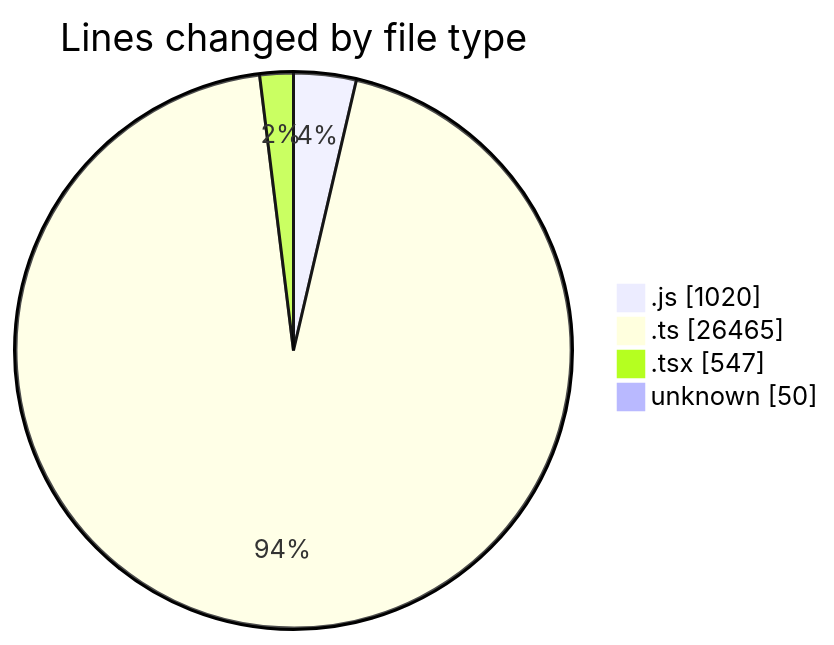
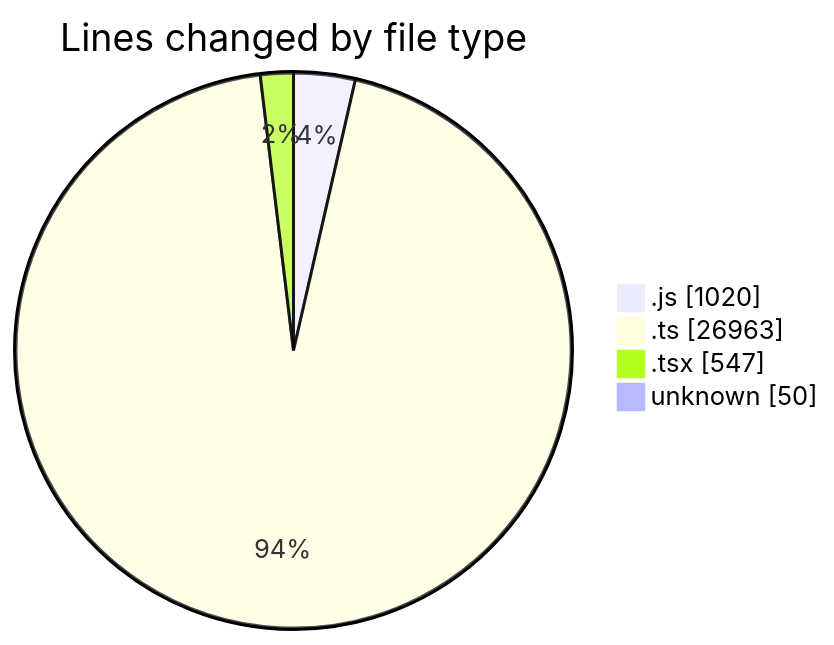
One commit to momahboobian/code-tracking changed the first of 2 diagrams in 2026-01-15/cda/README.md. Above: the diagram before and after it, drawn with Mermaid. The commit also changed other lines of this file and 1 other file, not shown here.

````diff
--- a/2026-01-15/cda/README.md
+++ b/2026-01-15/cda/README.md
@@ -33,8 +33,8 @@
 ```mermaid
 pie showData
 title Lines changed by file type
 ".js" : 1020
-".ts" : 26465
+".ts" : 26963
 ".tsx" : 547
 "unknown" : 50
 ```
````
